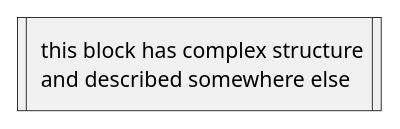
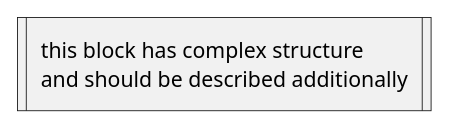
One commit to MaxXx1313/testwiki changed the diagram in img/complex.wsd. Above: the diagram before and after it, drawn with PlantUML. The commit also changed 5 other files, not shown here.

```diff
--- a/img/complex.wsd
+++ b/img/complex.wsd
@@ -1,6 +1,6 @@
 @startuml
 
 : this block has complex structure
- and described somewhere else |
+ and should be described additionally |
 
 @enduml
```
